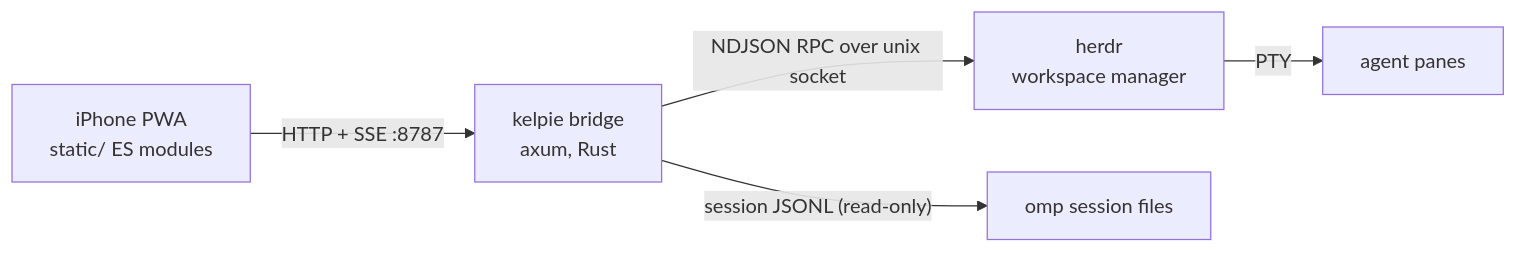
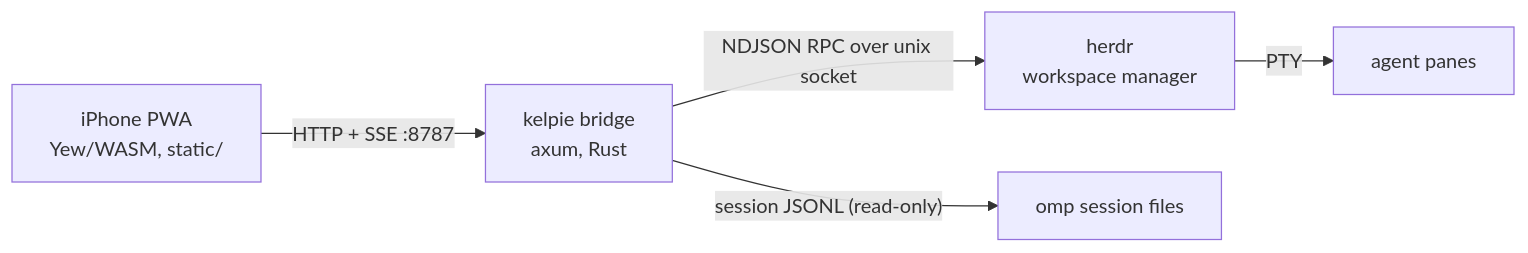
One commit to misty-step/kelpie changed the diagram in README.md. Above: the diagram before and after it, drawn with Mermaid. The commit also changed other lines of this file and 36 other files, not shown here.

First line of the commit message:
fullstack Rust: migrate frontend from vanilla JS to Yew WASM

````diff
--- a/README.md
+++ b/README.md
@@ -40,7 +40,7 @@
 ```mermaid
 flowchart LR
-    P[iPhone PWA<br>static/ ES modules] -- "HTTP + SSE :8787" --> K[kelpie bridge<br>axum, Rust]
+    P[iPhone PWA<br>Yew/WASM, static/] -- "HTTP + SSE :8787" --> K[kelpie bridge<br>axum, Rust]
     K -- "NDJSON RPC over unix socket" --> H[herdr<br>workspace manager]
     K -- "session JSONL (read-only)" --> O[omp session files]
     H -- PTY --> A[agent panes]
 ```
````
